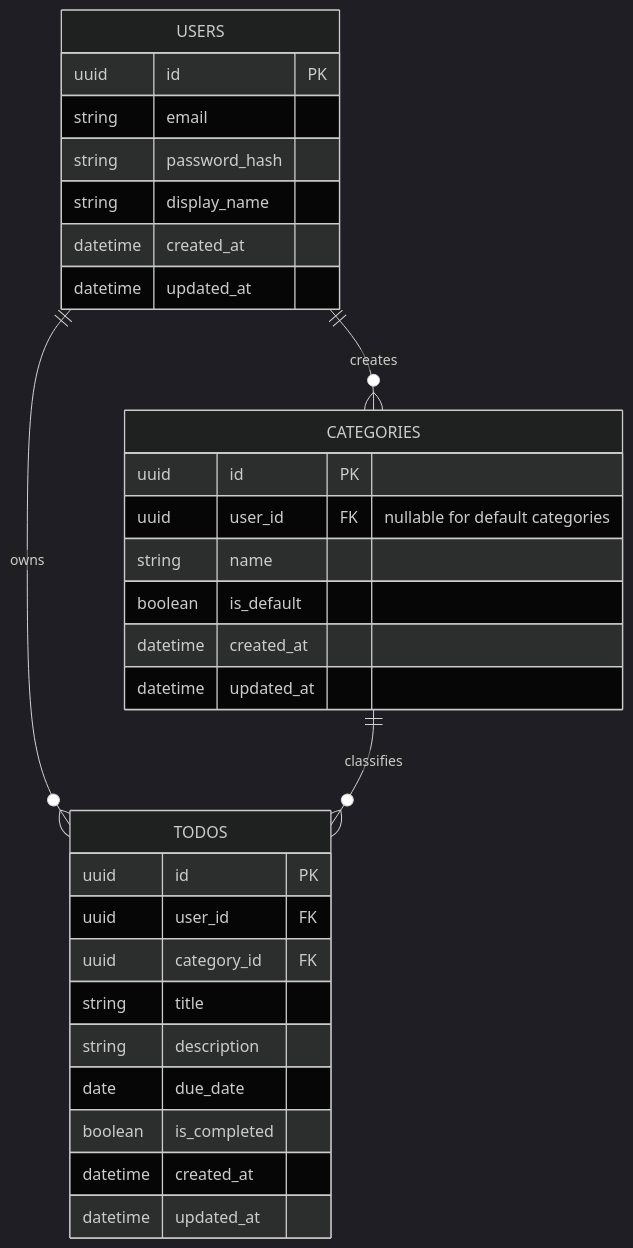
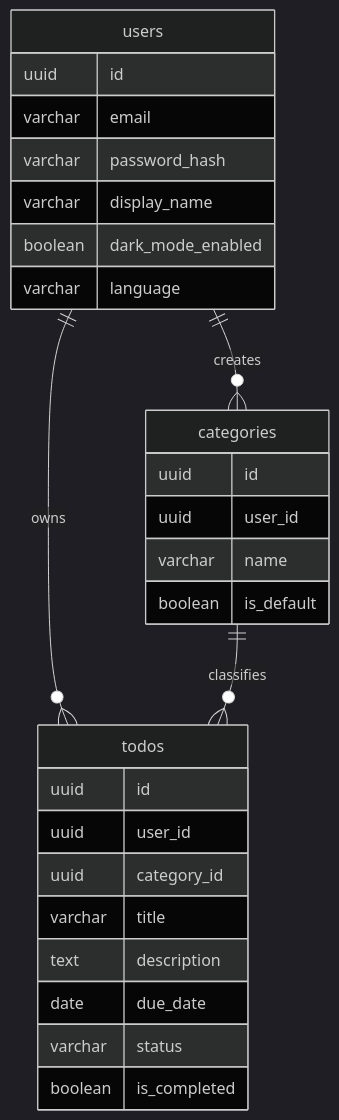
One commit to rrrsh1215-svg/todolist-app changed the sixth of 6 diagrams in docs/5-arch-diagram.md. Above: the diagram before and after it, drawn with Mermaid (dark theme). The commit also changed other lines of this file and 151 other files, not shown here.

````diff
--- a/docs/5-arch-diagram.md
+++ b/docs/5-arch-diagram.md
@@ -104,36 +115,33 @@
 ```mermaid
 erDiagram
-    USERS ||--o{ TODOS : owns
-    USERS ||--o{ CATEGORIES : creates
-    CATEGORIES ||--o{ TODOS : classifies
+    users ||--o{ todos : owns
+    users ||--o{ categories : creates
+    categories ||--o{ todos : classifies
 
-    USERS {
-        uuid id PK
-        string email
-        string password_hash
-        string display_name
-        datetime created_at
-        datetime updated_at
+    users {
+        uuid id
+        varchar email
+        varchar password_hash
+        varchar display_name
+        boolean dark_mode_enabled
+        varchar language
     }
 
-    CATEGORIES {
-        uuid id PK
-        uuid user_id FK "nullable for default categories"
-        string name
-        boolean is_default
-        datetime created_at
-        datetime updated_at
+    todos {
+        uuid id
+        uuid user_id
+        uuid category_id
+        varchar title
+        text description
+        date due_date
+        varchar status
+        boolean is_completed
     }
 
-    TODOS {
-        uuid id PK
-        uuid user_id FK
-        uuid category_id FK
-        string title
-        string description
-        date due_date
-        boolean is_completed
-        datetime created_at
-        datetime updated_at
+    categories {
+        uuid id
+        uuid user_id
+        varchar name
+        boolean is_default
     }
 ```
````
